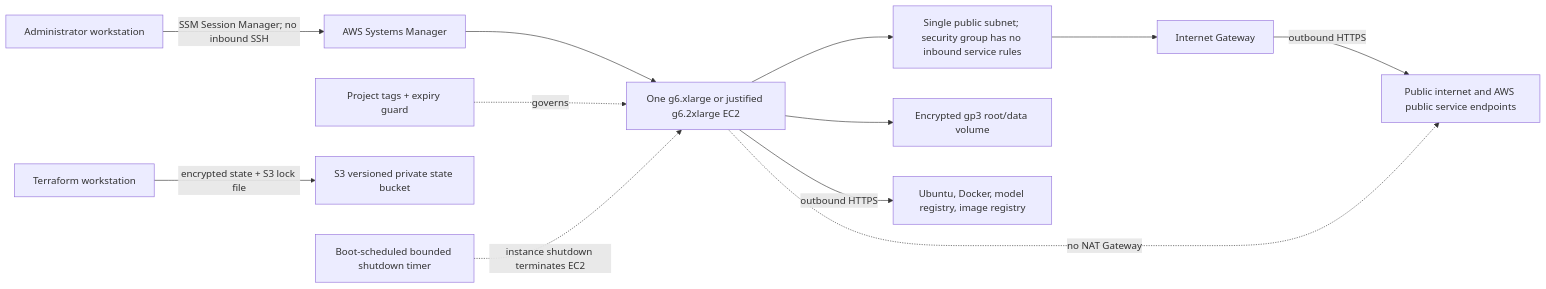
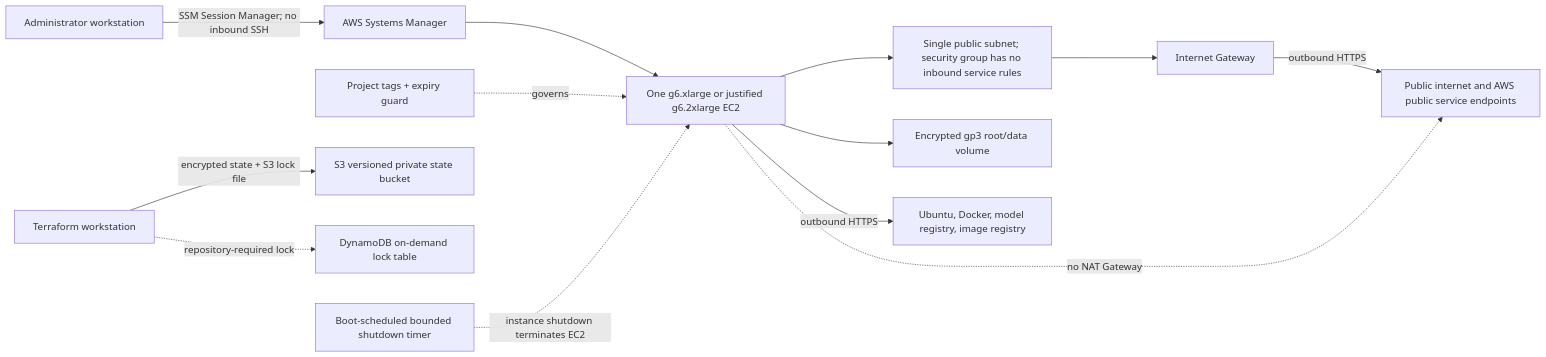
Before and after one commit to Bepoadewale/multi-tenant-ai-inference-platform: the first of 9 diagrams in docs/gpu-lab/ARCHITECTURE.md, drawn with Mermaid. The commit also changed other lines of this file and 8 other files, not shown here.

````diff
--- a/docs/gpu-lab/ARCHITECTURE.md
+++ b/docs/gpu-lab/ARCHITECTURE.md
@@ -7,14 +7,15 @@
 ```mermaid
 flowchart LR
   Operator[Administrator workstation] -->|SSM Session Manager; no inbound SSH| SSM[AWS Systems Manager]
   SSM --> EC2[One g6.xlarge or justified g6.2xlarge EC2]
   EC2 --> Subnet[Single public subnet; security group has no inbound service rules]
   Subnet --> IGW[Internet Gateway]
   IGW -->|outbound HTTPS| Internet[Public internet and AWS public service endpoints]
   EC2 --> Disk[Encrypted gp3 root/data volume]
   EC2 -->|outbound HTTPS| Packages[Ubuntu, Docker, model registry, image registry]
   EC2 -. no NAT Gateway .-> Internet
   Tags[Project tags + expiry guard] -. governs .-> EC2
   TF[Terraform workstation] -->|encrypted state + S3 lock file| State[S3 versioned private state bucket]
+  TF -. repository-required lock .-> Lock[DynamoDB on-demand lock table]
   Expiry[Boot-scheduled bounded shutdown timer] -. instance shutdown terminates EC2 .-> EC2
 ```
````
